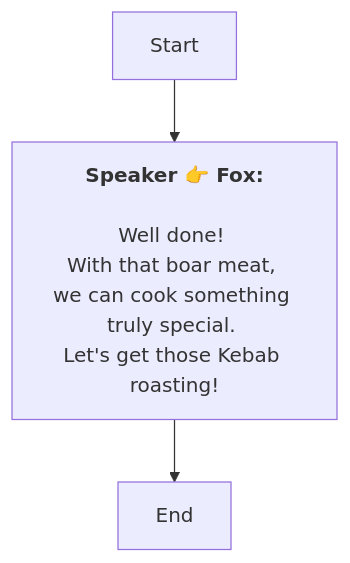
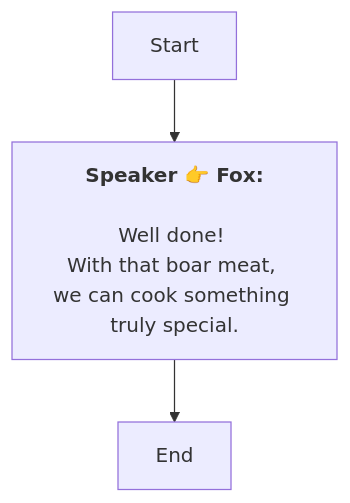
Before and after one commit to SoftHu/tos_avg: the diagram in Zh/QuestStartTalkENode_1768893356509241.md, drawn with Mermaid. The commit also changed 410 other files, not shown here.

````diff
--- a/Zh/QuestStartTalkENode_1768893356509241.md
+++ b/Zh/QuestStartTalkENode_1768893356509241.md
@@ -1,8 +1,8 @@
 ```mermaid
 graph
 Start -->1768893382846524[<b>Speaker 👉 Fox:</b>
 \nWell done! 
-With that boar meat, we can cook something truly special. \nLet's get those Kebab roasting!]
+With that boar meat, we can cook something truly special.]
 1768893382846524 -->1768893407701053[End]
 
 ```
````
